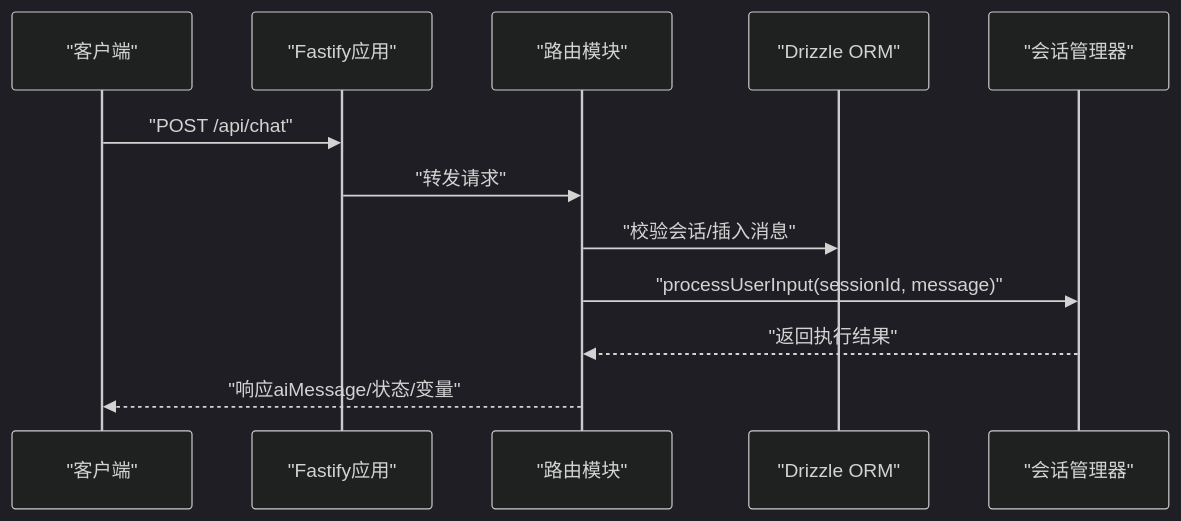
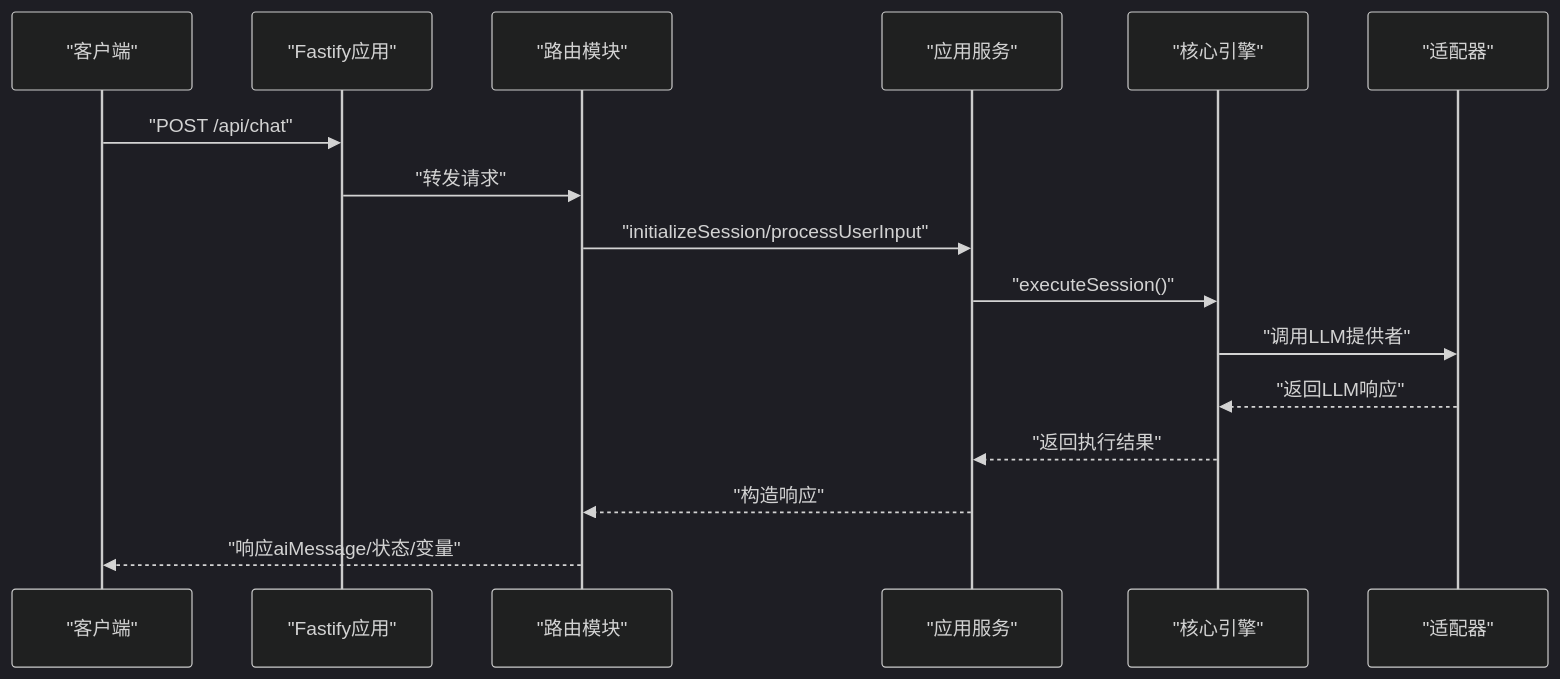
The fifth of 14 diagrams in .qoder/repowiki/zh/content/开发指南/开发指南.md (EverettCamus/HeartRule-Qoder), drawn with Mermaid (dark theme) before and after one commit. The commit also changed other lines of this file and 8 other files, not shown here.

````diff
--- a/.qoder/repowiki/zh/content/开发指南/开发指南.md
+++ b/.qoder/repowiki/zh/content/开发指南/开发指南.md
@@ -219,14 +264,18 @@
 ```mermaid
 sequenceDiagram
 participant Client as "客户端"
 participant API as "Fastify应用"
 participant Routes as "路由模块"
-participant DB as "Drizzle ORM"
-participant SM as "会话管理器"
+participant AppService as "应用服务"
+participant Engine as "核心引擎"
+participant Adapter as "适配器"
 Client->>API : "POST /api/chat"
 API->>Routes : "转发请求"
-Routes->>DB : "校验会话/插入消息"
-Routes->>SM : "processUserInput(sessionId, message)"
-SM-->>Routes : "返回执行结果"
+Routes->>AppService : "initializeSession/processUserInput"
+AppService->>Engine : "executeSession()"
+Engine->>Adapter : "调用LLM提供者"
+Adapter-->>Engine : "返回LLM响应"
+Engine-->>AppService : "返回执行结果"
+AppService-->>Routes : "构造响应"
 Routes-->>Client : "响应aiMessage/状态/变量"
 ```
````
